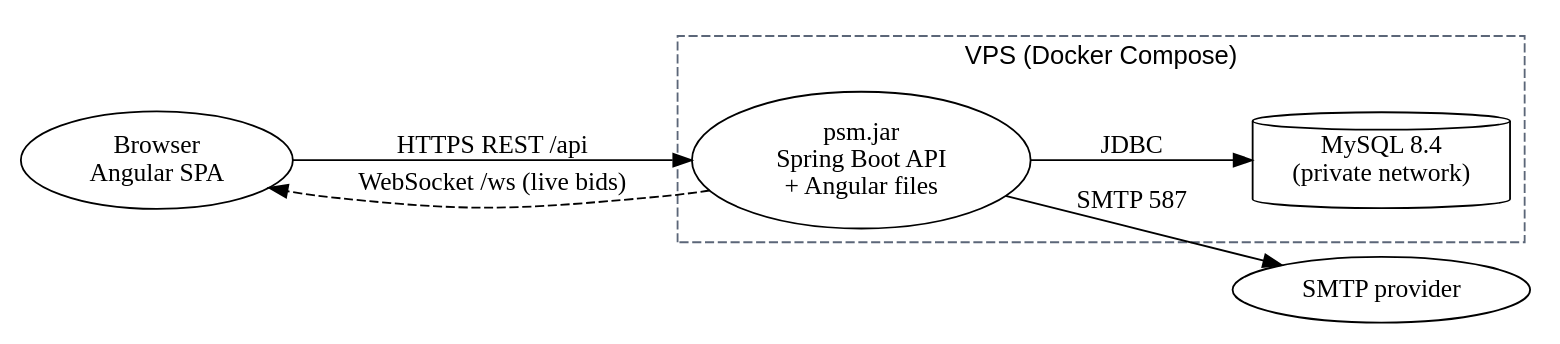
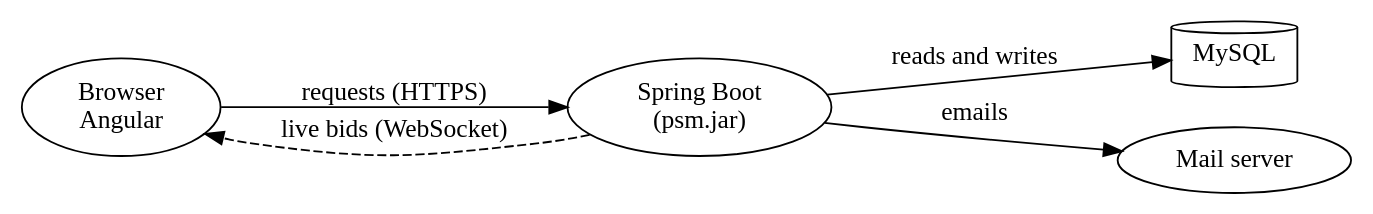
One commit to aziza-bellanes/angluar-springboot-project changed the third of 4 diagrams in docs/pack/cahier-des-charges.md. Above: the diagram before and after it, drawn with Graphviz. The commit also changed other lines of this file and 15 other files, not shown here.

````diff
--- a/docs/pack/cahier-des-charges.md
+++ b/docs/pack/cahier-des-charges.md
@@ -292,13 +132,7 @@
 ```dot
 digraph {
   rankdir=LR; nodesep=0.3;
-  browser[label="Browser\nAngular SPA"];
-  subgraph cluster_vps { label="VPS (Docker Compose)"; style="dashed"; color="#5b6678"; fontname="Helvetica";
-    app[label="psm.jar\nSpring Boot API\n+ Angular files"]; db[label="MySQL 8.4\n(private network)",shape=cylinder]; }
-  smtp[label="SMTP provider"];
-  browser -> app [label="HTTPS REST /api"];
-  app -> browser [label="WebSocket /ws (live bids)",style=dashed];
-  app -> db [label="JDBC"];
-  app -> smtp [label="SMTP 587"];
+  b[label="Browser\nAngular"]; s[label="Spring Boot\n(psm.jar)"]; d[label="MySQL",shape=cylinder]; m[label="Mail server"];
+  b -> s [label="requests (HTTPS)"]; s -> b [label="live bids (WebSocket)",style=dashed]; s -> d [label="reads and writes"]; s -> m [label="emails"];
 }
 ```
````
